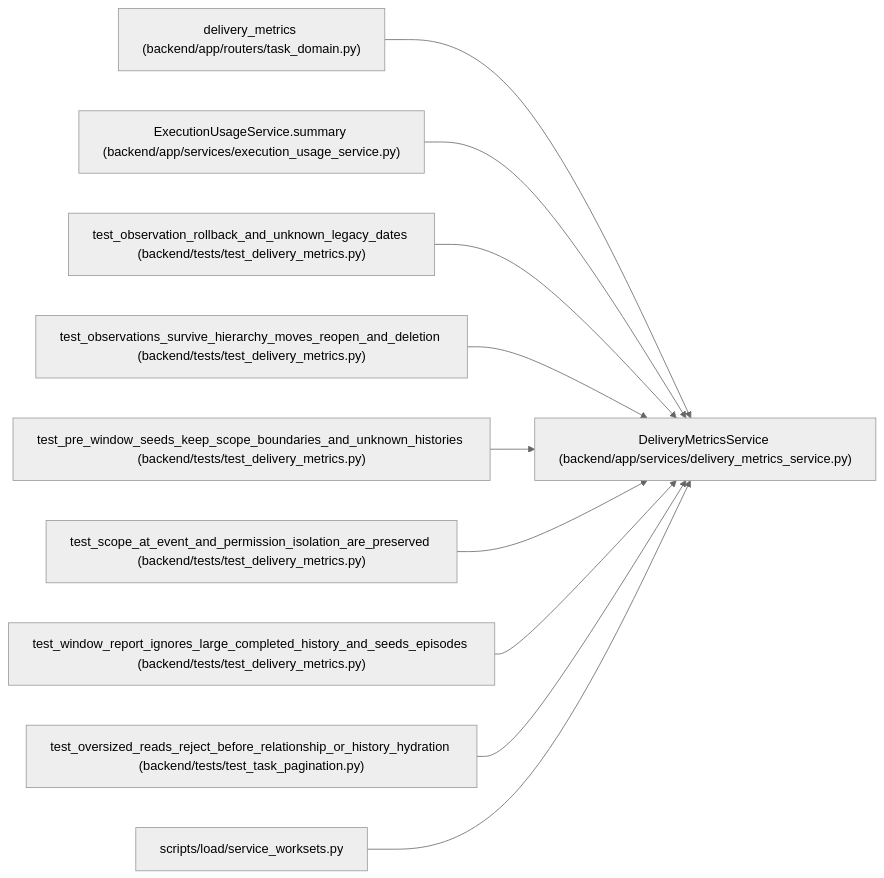
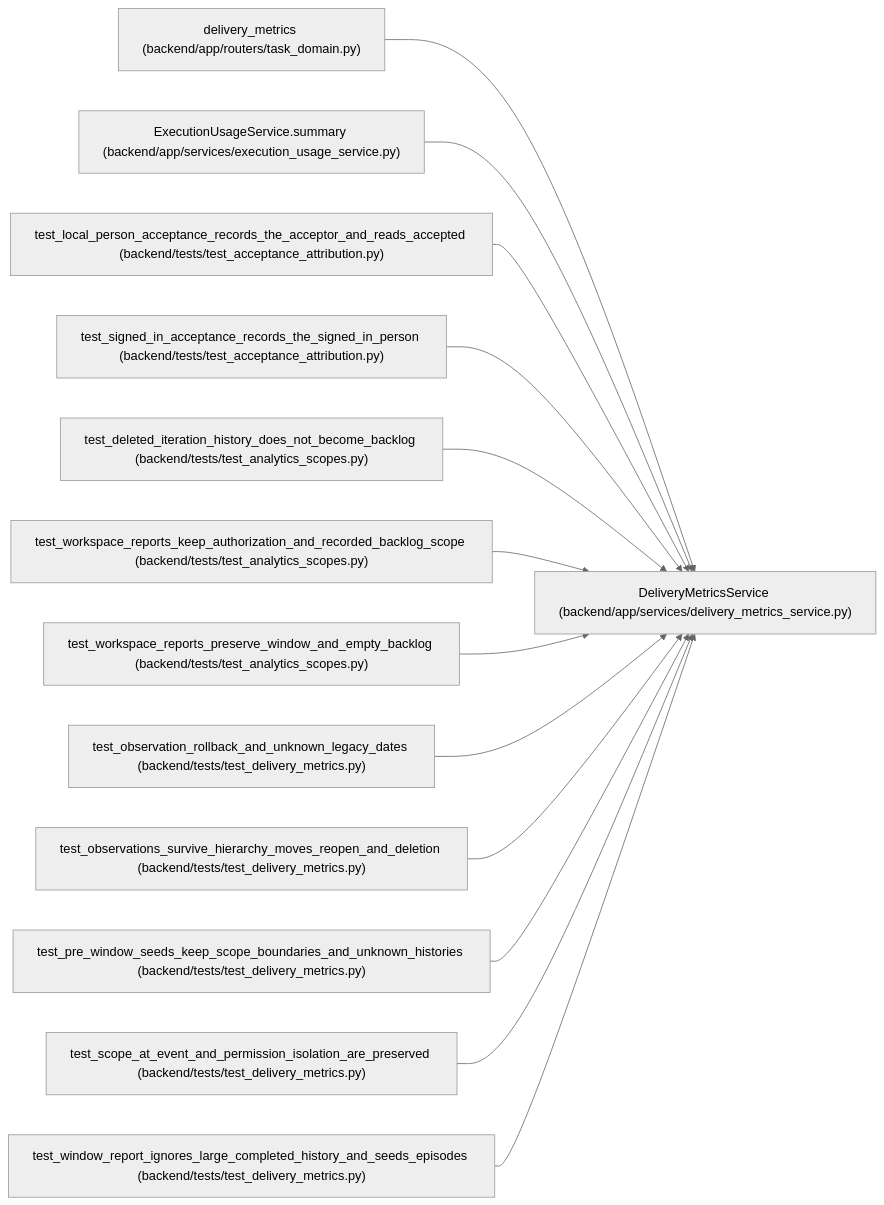
The diagram in docs/llm_wiki/entities/DeliveryMetricsService.md (Denissvgn/WorkChord), drawn with Mermaid (neutral theme) before and after one commit. The commit also changed other lines of this file and 2373 other files, not shown here.

````diff
--- a/docs/llm_wiki/entities/DeliveryMetricsService.md
+++ b/docs/llm_wiki/entities/DeliveryMetricsService.md
@@ -27,32 +27,41 @@
 ```mermaid
 flowchart LR
     n0["DeliveryMetricsService (backend/app/services/delivery_metrics_service.py)"]
     n1["delivery_metrics (backend/app/routers/task_domain.py)"]
     n2["ExecutionUsageService.summary (backend/app/services/execution_usage_service.py)"]
-    n3["test_observation_rollback_and_unknown_legacy_dates (backend/tests/test_delivery_metrics.py)"]
-    n4["test_observations_survive_hierarchy_moves_reopen_and_deletion (backend/tests/test_delivery_metrics.py)"]
-    n5["test_pre_window_seeds_keep_scope_boundaries_and_unknown_histories (backend/tests/test_delivery_metrics.py)"]
-    n6["test_scope_at_event_and_permission_isolation_are_preserved (backend/tests/test_delivery_metrics.py)"]
-    n7["test_window_report_ignores_large_completed_history_and_seeds_episodes (backend/tests/test_delivery_metrics.py)"]
-    n8["test_oversized_reads_reject_before_relationship_or_history_hydration (backend/tests/test_task_pagination.py)"]
-    n9["scripts/load/service_worksets.py"]
+    n3["test_local_person_acceptance_records_the_acceptor_and_reads_accepted (backend/tests/test_acceptance_attribution.py)"]
+    n4["test_signed_in_acceptance_records_the_signed_in_person (backend/tests/test_acceptance_attribution.py)"]
+    n5["test_deleted_iteration_history_does_not_become_backlog (backend/tests/test_analytics_scopes.py)"]
+    n6["test_workspace_reports_keep_authorization_and_recorded_backlog_scope (backend/tests/test_analytics_scopes.py)"]
+    n7["test_workspace_reports_preserve_window_and_empty_backlog (backend/tests/test_analytics_scopes.py)"]
+    n8["test_observation_rollback_and_unknown_legacy_dates (backend/tests/test_delivery_metrics.py)"]
+    n9["test_observations_survive_hierarchy_moves_reopen_and_deletion (backend/tests/test_delivery_metrics.py)"]
+    n10["test_pre_window_seeds_keep_scope_boundaries_and_unknown_histories (backend/tests/test_delivery_metrics.py)"]
+    n11["test_scope_at_event_and_permission_isolation_are_preserved (backend/tests/test_delivery_metrics.py)"]
+    n12["test_window_report_ignores_large_completed_history_and_seeds_episodes (backend/tests/test_delivery_metrics.py)"]
     n1 --> n0
     n2 --> n0
     n3 --> n0
     n4 --> n0
     n5 --> n0
     n6 --> n0
     n7 --> n0
     n8 --> n0
     n9 --> n0
+    n10 --> n0
+    n11 --> n0
+    n12 --> n0
     click n0 "../modules/delivery_metrics_service.md"
     click n1 "../modules/routers_task_domain.md"
     click n2 "../modules/execution_usage_service.md"
-    click n3 "../modules/test_delivery_metrics.md"
-    click n4 "../modules/test_delivery_metrics.md"
-    click n5 "../modules/test_delivery_metrics.md"
-    click n6 "../modules/test_delivery_metrics.md"
-    click n7 "../modules/test_delivery_metrics.md"
-    click n8 "../modules/test_task_pagination.md"
-    click n9 "../modules/service_worksets.md"
+    click n3 "../modules/test_acceptance_attribution.md"
+    click n4 "../modules/test_acceptance_attribution.md"
+    click n5 "../modules/test_analytics_scopes.md"
+    click n6 "../modules/test_analytics_scopes.md"
+    click n7 "../modules/test_analytics_scopes.md"
+    click n8 "../modules/test_delivery_metrics.md"
+    click n9 "../modules/test_delivery_metrics.md"
+    click n10 "../modules/test_delivery_metrics.md"
+    click n11 "../modules/test_delivery_metrics.md"
+    click n12 "../modules/test_delivery_metrics.md"
 ```
````
